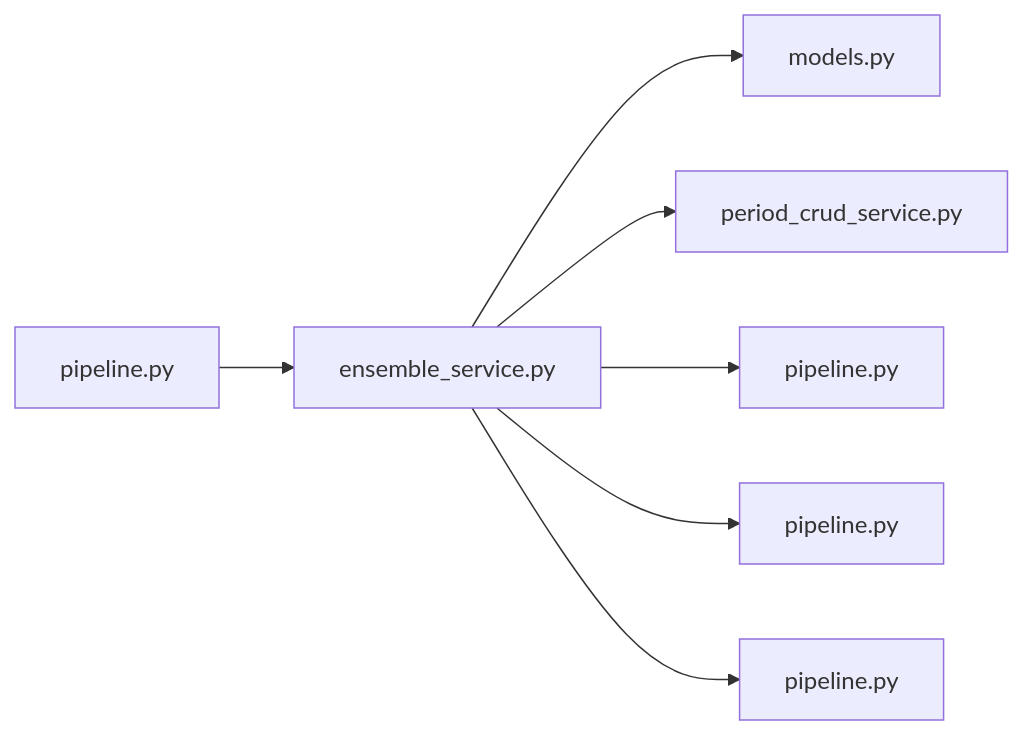
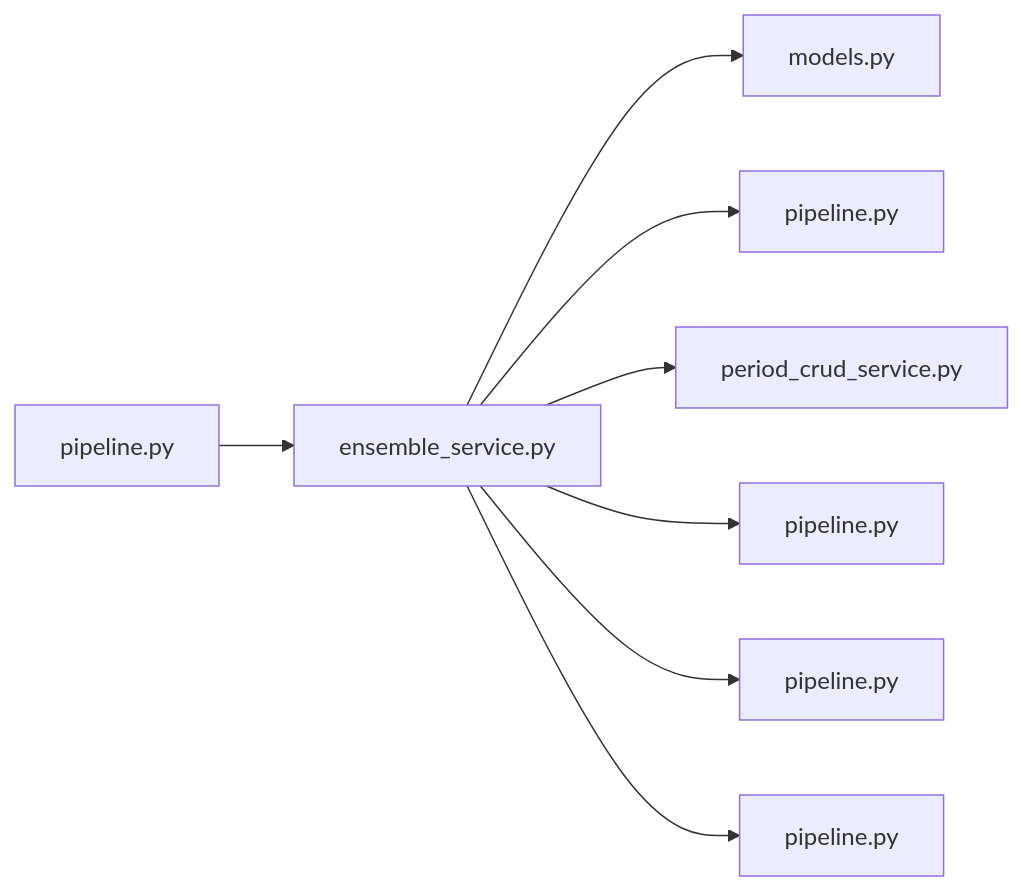
The diagram in .cluedoc/graph/backend/src/backend/services/period/ensemble_service.md (minkong-dev/Banblit), drawn with Mermaid before and after one commit. The commit also changed other lines of this file and 37 other files, not shown here.

````diff
--- a/.cluedoc/graph/backend/src/backend/services/period/ensemble_service.md
+++ b/.cluedoc/graph/backend/src/backend/services/period/ensemble_service.md
@@ -10,10 +10,11 @@
 ```mermaid
 flowchart LR
   backend_src_backend_services_period_ensemble_service["ensemble_service.py"]
   backend_src_backend_services_period_ensemble_service --> backend_src_backend_db_models["models.py"]
+  backend_src_backend_services_period_ensemble_service --> backend_src_backend_scheduling_pipeline["pipeline.py"]
   backend_src_backend_services_period_ensemble_service --> backend_src_backend_services_period_period_crud_service["period_crud_service.py"]
   backend_src_backend_services_period_ensemble_service --> backend_src_backend_services_room_pipeline["pipeline.py"]
   backend_src_backend_services_period_ensemble_service --> backend_src_backend_services_settings_pipeline["pipeline.py"]
   backend_src_backend_services_period_ensemble_service --> backend_src_backend_services_validation_pipeline["pipeline.py"]
   backend_src_backend_services_period_pipeline["pipeline.py"] --> backend_src_backend_services_period_ensemble_service
 ```
````
